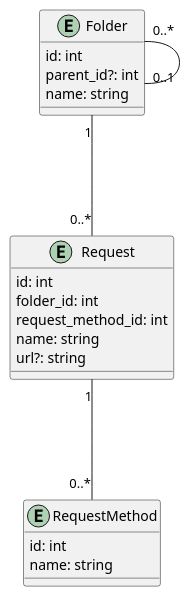
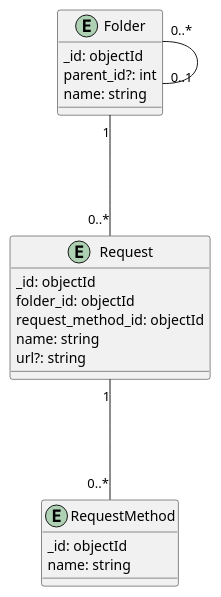
One commit to d-najd/sweden-fullstack-individual changed the diagram in schema.puml. Above: the diagram before and after it, drawn with PlantUML. The commit also changed 13 other files, not shown here.

```diff
--- a/schema.puml
+++ b/schema.puml
@@ -1,26 +1,26 @@
 @startuml
 ' If no parent then collection
 entity Folder {
-    id: int
-    parent_id?: int
-    name: string
+   _id: objectId
+   parent_id?: int
+   name: string
 }
 
 entity Request {
-    id: int
-    folder_id: int
-    request_method_id: int
-    name: string
-    url?: string
+   _id: objectId
+   folder_id: objectId
+   request_method_id: objectId
+   name: string
+   url?: string
 }
 
 entity RequestMethod {
-    id: int
-    name: string
+   _id: objectId
+   name: string
 }
 
 Folder "0..*" --- "0..1" Folder
 Folder "1" --- "0..*" Request
 Request "1" --- "0..*" RequestMethod
 
 @enduml
```
